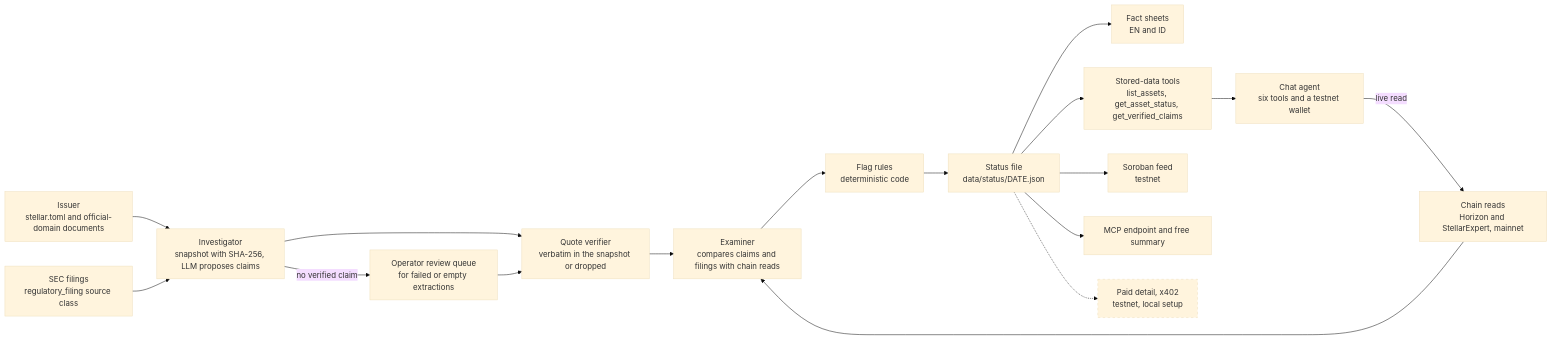
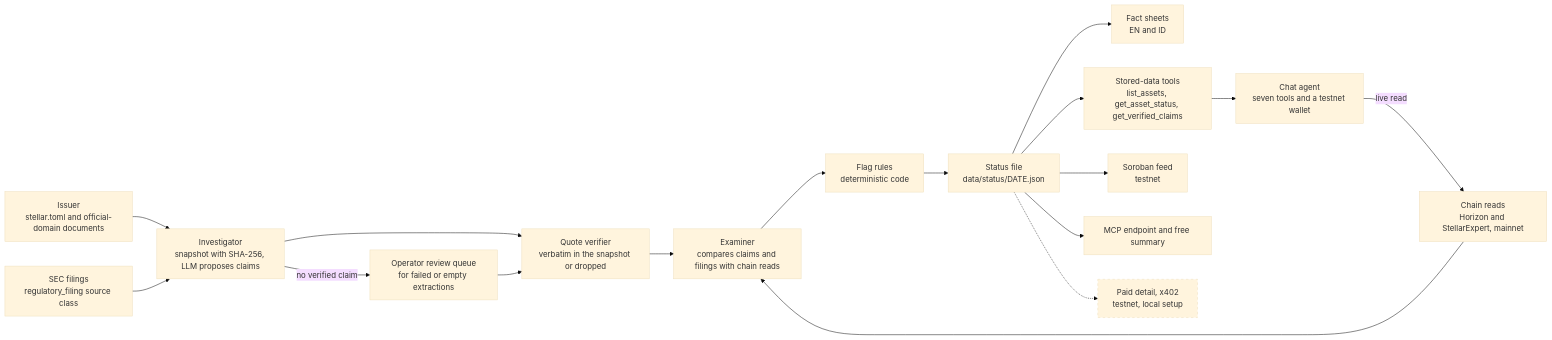
The diagram in README.md (dzakwannajmi/recon), drawn with Mermaid (base theme) before and after one commit. The commit also changed other lines of this file and 2 other files, not shown here.

Commit message:
Docs: root README restructured (badges, merged Running locally, Roadmap), new frontend and contracts READMEs (#75)

````diff
--- a/README.md
+++ b/README.md
@@ -115,36 +106,36 @@
 ```mermaid
 flowchart LR
   issuer["Issuer<br/>stellar.toml and official-domain documents"]
   sec["SEC filings<br/>regulatory_filing source class"]
   inv["Investigator<br/>snapshot with SHA-256, LLM proposes claims"]
   ver["Quote verifier<br/>verbatim in the snapshot or dropped"]
   rq["Operator review queue<br/>for failed or empty extractions"]
   chain["Chain reads<br/>Horizon and StellarExpert, mainnet"]
   exm["Examiner<br/>compares claims and filings with chain reads"]
   flags["Flag rules<br/>deterministic code"]
   status["Status file<br/>data/status/DATE.json"]
   fs["Fact sheets<br/>EN and ID"]
-  chat["Chat agent<br/>six tools and a testnet wallet"]
+  chat["Chat agent<br/>seven tools and a testnet wallet"]
   stored["Stored-data tools<br/>list_assets, get_asset_status, get_verified_claims"]
   feed["Soroban feed<br/>testnet"]
   mcp["MCP endpoint and free summary"]
   x402["Paid detail, x402<br/>testnet, local setup"]:::future
 
   issuer --> inv
   sec --> inv
   inv --> ver
   inv -->|"no verified claim"| rq
   rq --> ver
   ver --> exm
   chain --> exm
   exm --> flags
   flags --> status
   status --> fs
   chat -->|"live read"| chain
   status --> stored
   stored --> chat
   status --> feed
   status --> mcp
   status -.-> x402
   classDef future stroke-dasharray: 5 5
 ```
````
